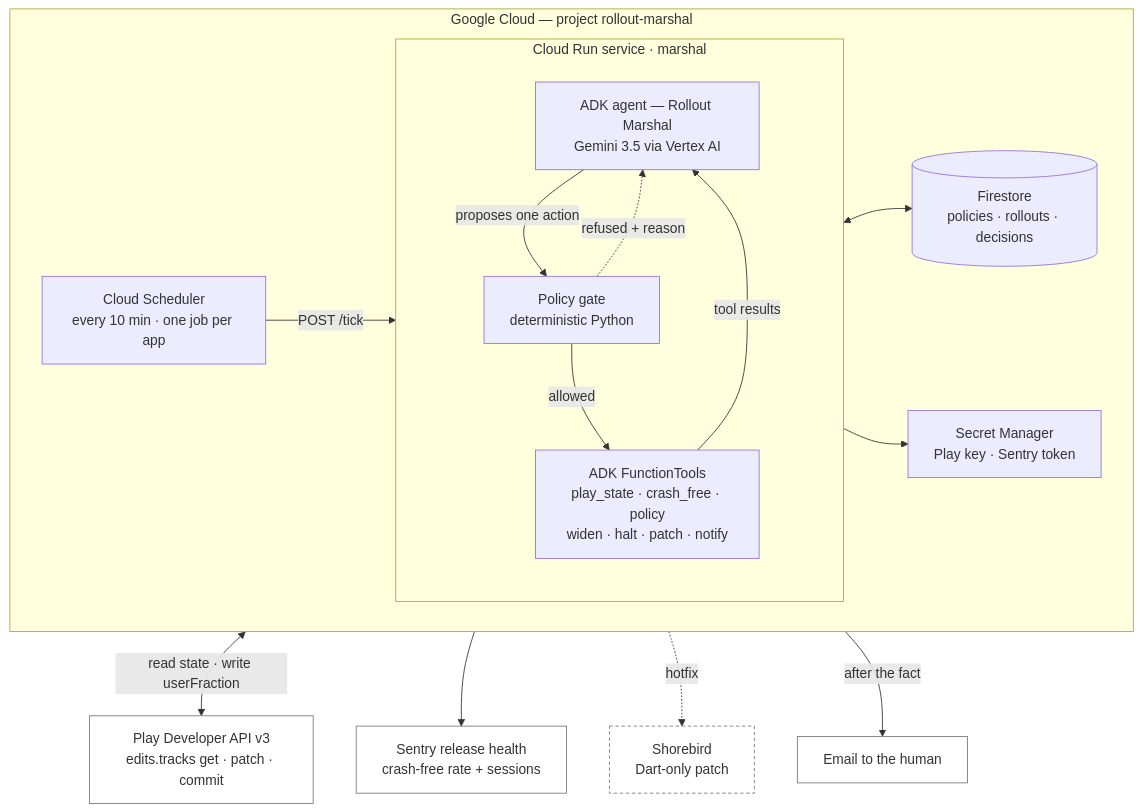
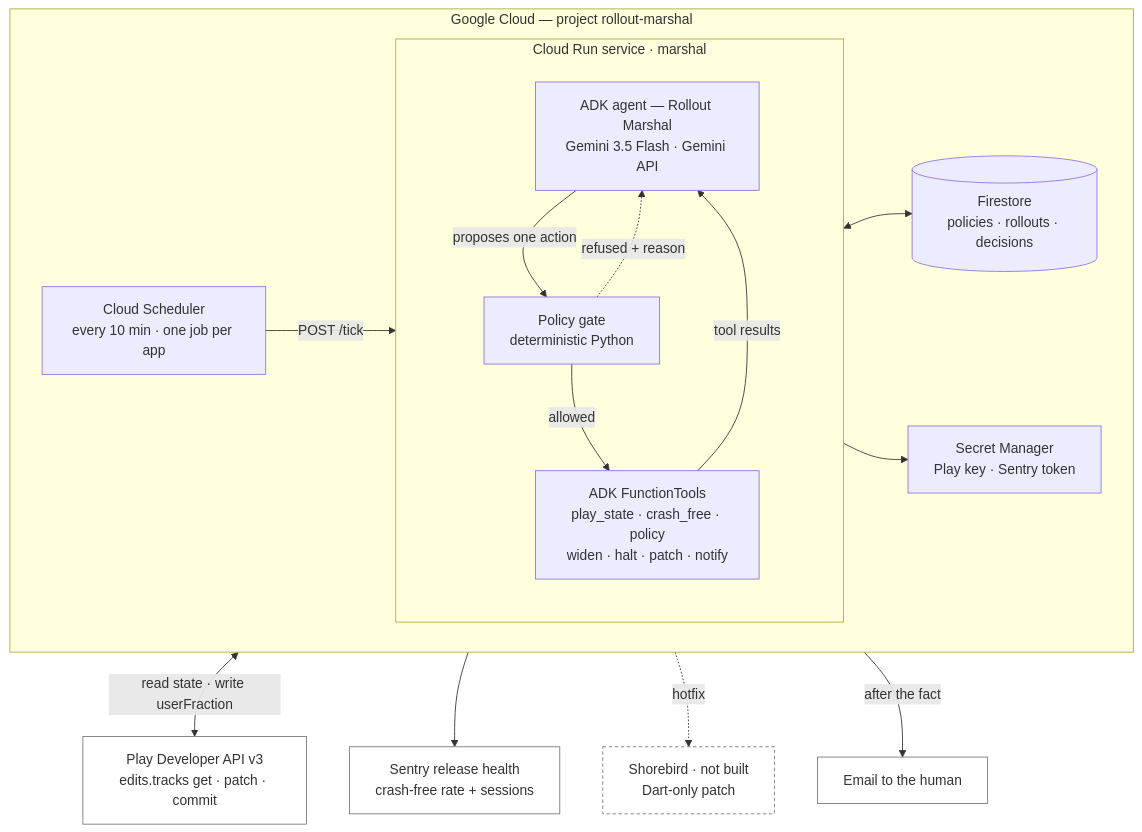
The first of 2 diagrams in README.md (jtmuller5/rollout-marshal), drawn with Mermaid before and after one commit. The commit also changed other lines of this file and 11 other files, not shown here.

````diff
--- a/README.md
+++ b/README.md
@@ -161,37 +161,37 @@
 ```mermaid
 flowchart TB
   subgraph GCP["Google Cloud — project rollout-marshal"]
     direction LR
     SCH["Cloud Scheduler<br/>every 10 min · one job per app"]
     subgraph RUN["Cloud Run service · marshal"]
       direction TB
-      ADK["ADK agent — Rollout Marshal<br/>Gemini 3.5 via Vertex AI"]
+      ADK["ADK agent — Rollout Marshal<br/>Gemini 3.5 Flash · Gemini API"]
       GATE["Policy gate<br/>deterministic Python"]
       TOOLS["ADK FunctionTools<br/>play_state · crash_free · policy<br/>widen · halt · patch · notify"]
       ADK -->|"proposes one action"| GATE
       GATE -.->|"refused + reason"| ADK
       GATE -->|"allowed"| TOOLS
       TOOLS -->|"tool results"| ADK
     end
     FS[("Firestore<br/>policies · rollouts · decisions")]
     SM["Secret Manager<br/>Play key · Sentry token"]
     SCH -->|"POST /tick"| ADK
     TOOLS <--> FS
     RUN --> SM
   end
 
   PLAY["Play Developer API v3<br/>edits.tracks get · patch · commit"]
   SENTRY["Sentry release health<br/>crash-free rate + sessions"]
-  SB["Shorebird<br/>Dart-only patch"]
+  SB["Shorebird · not built<br/>Dart-only patch"]
   MAIL["Email to the human"]
 
   TOOLS <-->|"read state · write userFraction"| PLAY
   TOOLS --> SENTRY
   TOOLS -.->|"hotfix"| SB
   TOOLS -->|"after the fact"| MAIL
 
   classDef ext fill:#ffffff,stroke:#777;
   classDef todo fill:#ffffff,stroke:#777,stroke-dasharray:4 3;
   class PLAY,SENTRY,MAIL ext;
   class SB todo;
 ```
````
